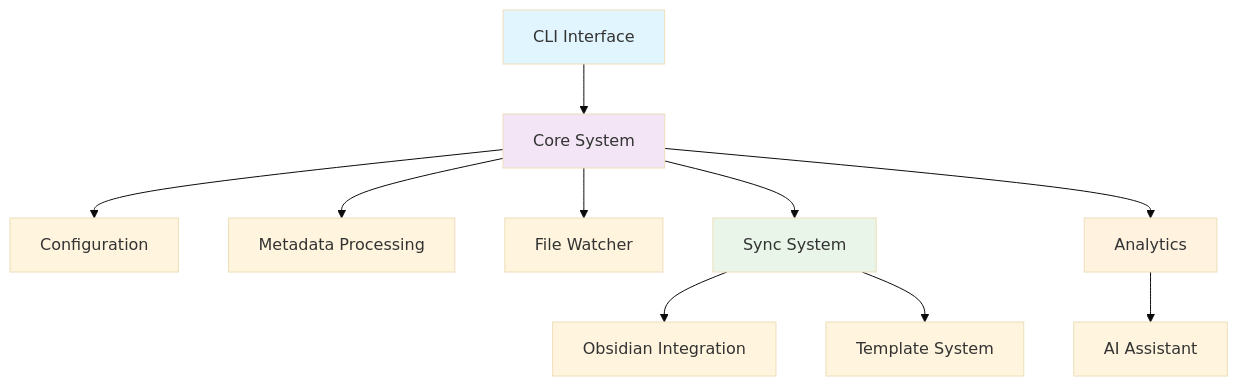
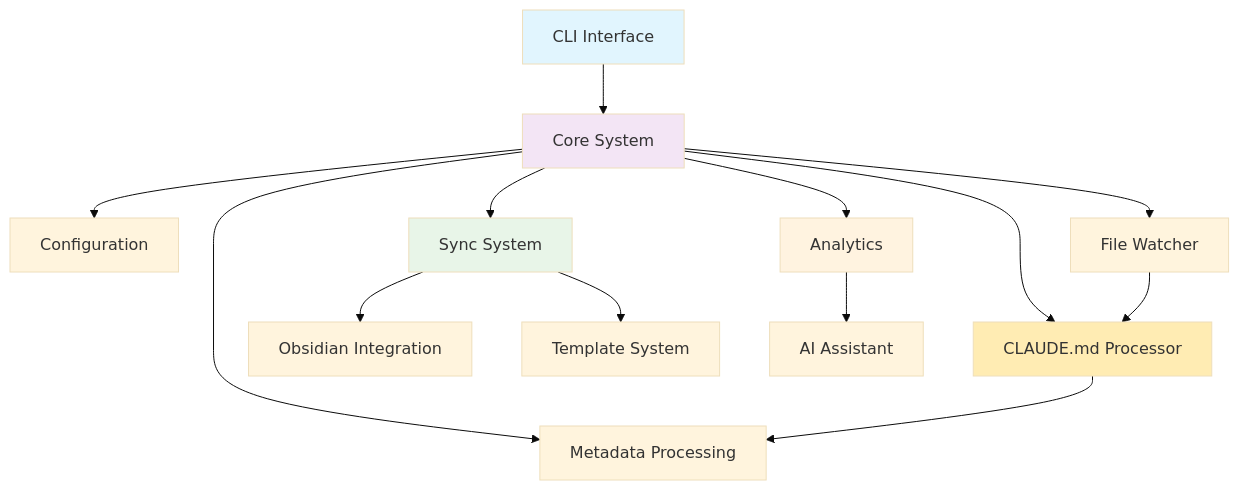
The first of 2 diagrams in docs/developer-guide/index.md (drillan/claude-knowledge-catalyst), drawn with Mermaid (base theme) before and after one commit. The commit also changed other lines of this file and 18 other files, not shown here.

````diff
--- a/docs/developer-guide/index.md
+++ b/docs/developer-guide/index.md
@@ -30,19 +30,24 @@
 ```{mermaid}
 graph TB
     CLI[CLI Interface] --> Core[Core System]
     Core --> Config[Configuration]
     Core --> Metadata[Metadata Processing]
     Core --> Watcher[File Watcher]
+    Core --> ClaudeMD[CLAUDE.md Processor]
     
     Core --> Sync[Sync System]
     Sync --> Obsidian[Obsidian Integration]
     Sync --> Templates[Template System]
     
     Core --> Analytics[Analytics]
     Analytics --> AI[AI Assistant]
     
+    Watcher --> ClaudeMD
+    ClaudeMD --> Metadata
+    
     style CLI fill:#e1f5fe
     style Core fill:#f3e5f5
     style Sync fill:#e8f5e8
     style Analytics fill:#fff3e0
+    style ClaudeMD fill:#ffecb3
 ```
````
